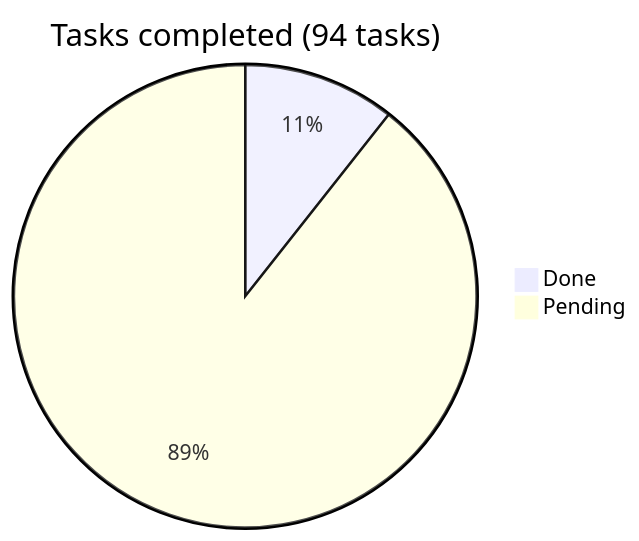
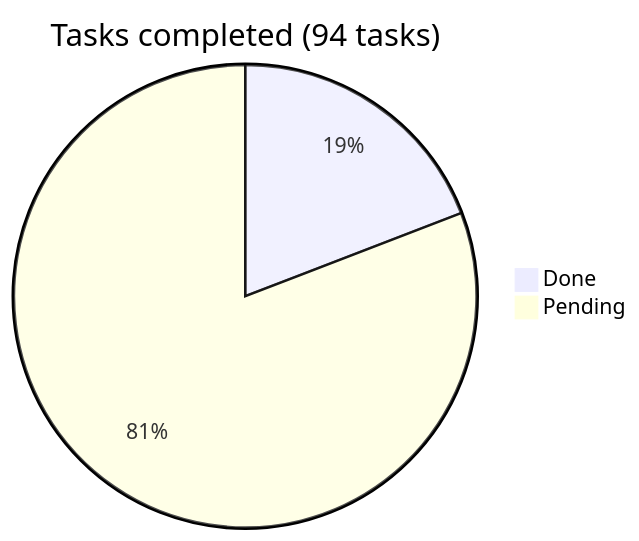
The diagram in docs/roadmap/README.md (araguaney-lat/araguaney-app), drawn with Mermaid before and after one commit. The commit also changed other lines of this file and 327 other files, not shown here.

````diff
--- a/docs/roadmap/README.md
+++ b/docs/roadmap/README.md
@@ -12,5 +12,5 @@
 ```mermaid
 pie title Tasks completed (94 tasks)
-    "Done" : 10
-    "Pending" : 84
+    "Done" : 18
+    "Pending" : 76
 ```
````
